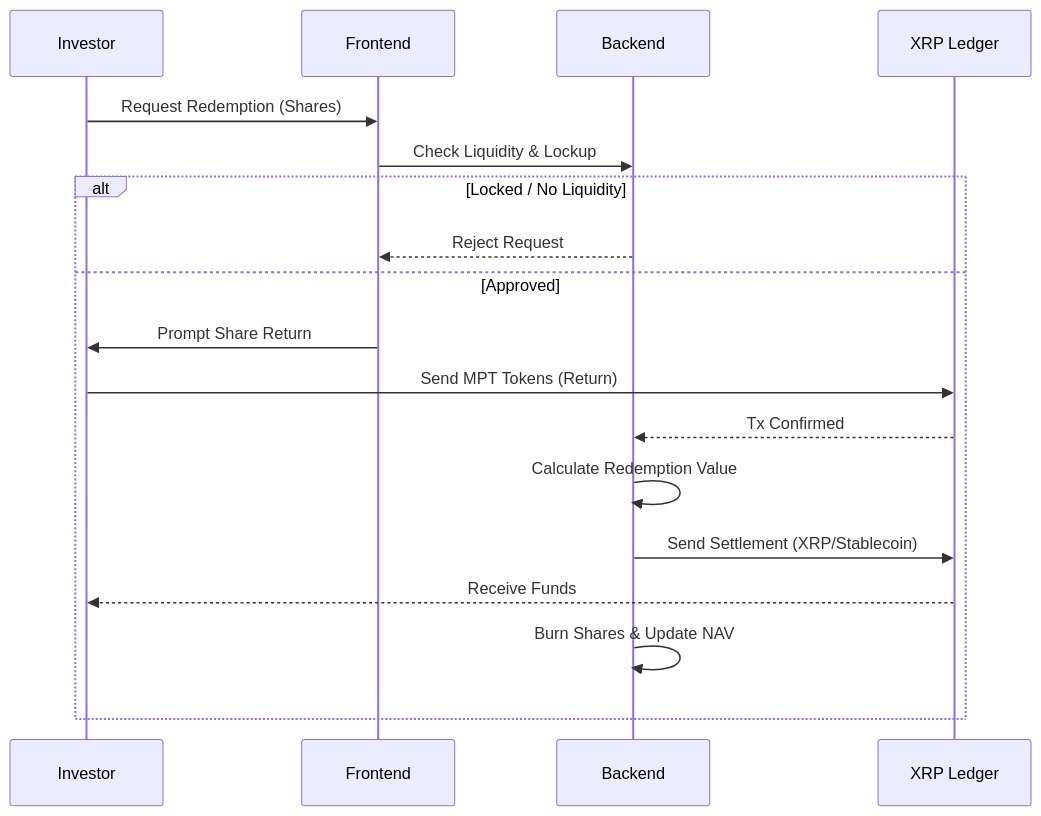
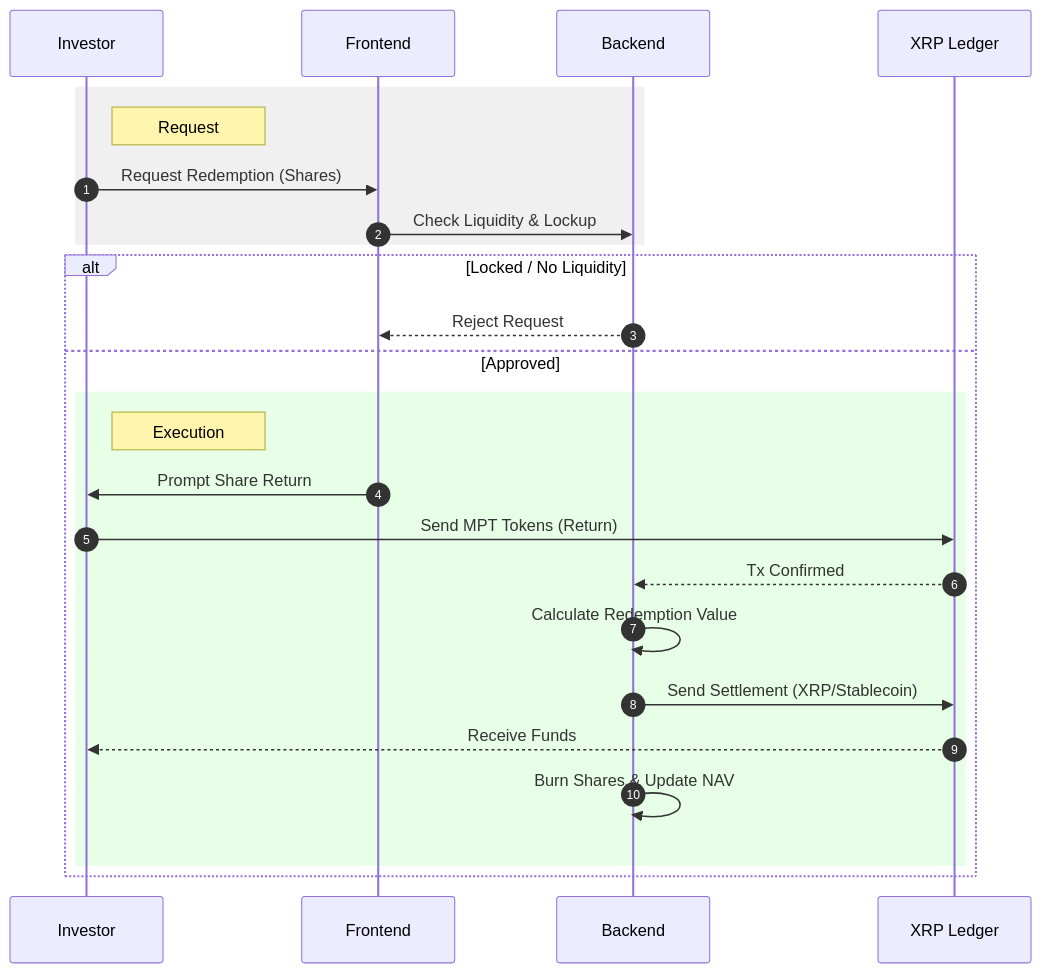
Before and after one commit to MrDecryptDecipher/xrpl-institutional-fund-management: the sixth of 17 diagrams in README.md, drawn with Mermaid. The commit also changed other lines of this file, not shown here.

Commit message:
docs: enhance mermaid diagrams with color and detail

````diff
--- a/README.md
+++ b/README.md
@@ -187,21 +298,29 @@
 ```mermaid
 sequenceDiagram
+    autonumber
     participant Inv as Investor
     participant UI as Frontend
     participant API as Backend
     participant XRPL as XRP Ledger
 
+    rect rgb(240, 240, 240)
+    Note right of Inv: Request
     Inv->>UI: Request Redemption (Shares)
     UI->>API: Check Liquidity & Lockup
+    end
+
     alt Locked / No Liquidity
         API-->>UI: Reject Request
     else Approved
+        rect rgb(230, 255, 230)
+        Note right of Inv: Execution
         UI->>Inv: Prompt Share Return
         Inv->>XRPL: Send MPT Tokens (Return)
         XRPL-->>API: Tx Confirmed
         API->>API: Calculate Redemption Value
         API->>XRPL: Send Settlement (XRP/Stablecoin)
         XRPL-->>Inv: Receive Funds
         API->>API: Burn Shares & Update NAV
+        end
     end
 ```
````
